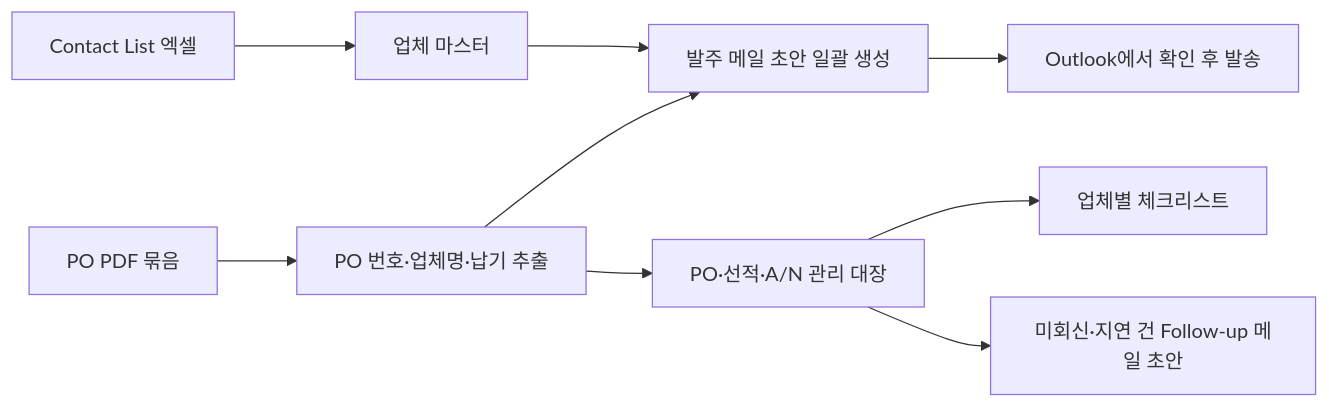
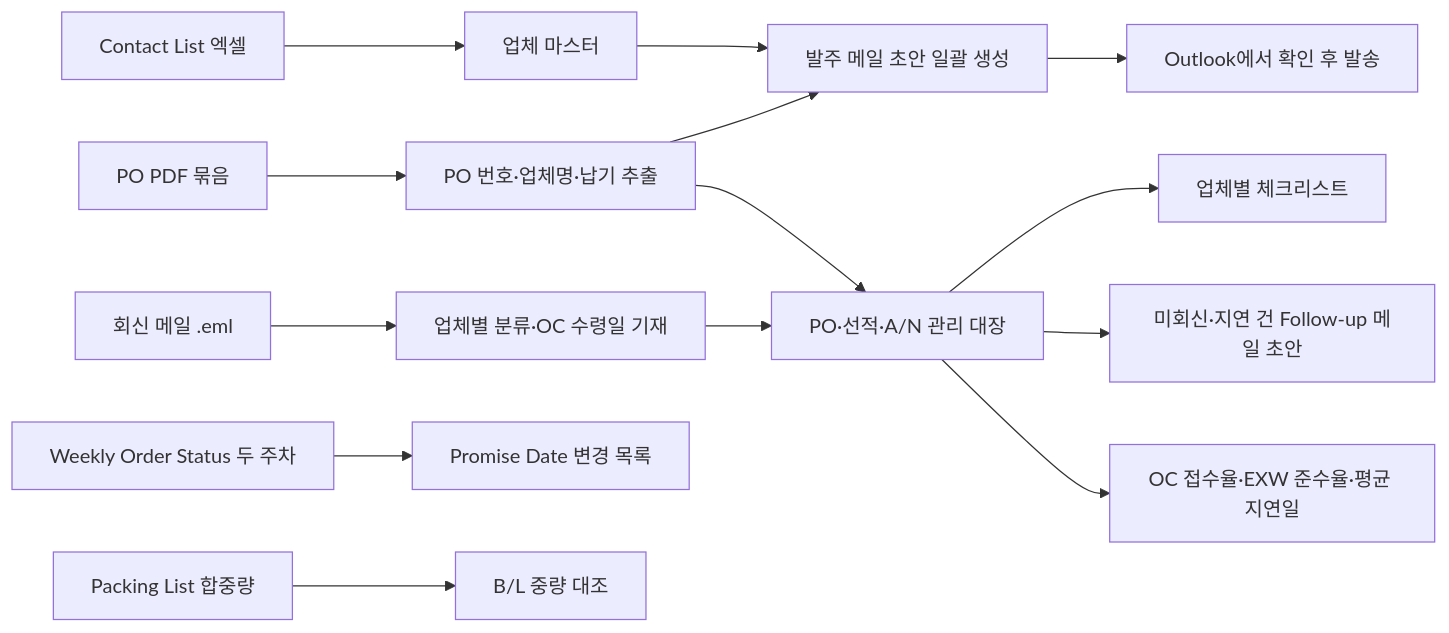
Before and after one commit to aebonlee/data09-12: the diagram in docs/01_프로젝트_기획서.md, drawn with Mermaid. The commit also changed other lines of this file and 56 other files, not shown here.

Commit message:
1단계 개발 — 외자재 운영관리 도구 (PO 메일 초안·관리 대장·OC 팔로우업·준수율·Promise Date·중량 대조), 기획서 v0.2

````diff
--- a/docs/01_프로젝트_기획서.md
+++ b/docs/01_프로젝트_기획서.md
@@ -59,11 +75,16 @@
 ```mermaid
 flowchart LR
   C[Contact List 엑셀] --> M[업체 마스터]
   P[PO PDF 묶음] --> X[PO 번호·업체명·납기 추출]
   M --> D[발주 메일 초안 일괄 생성]
   X --> D
   D --> O[Outlook에서 확인 후 발송]
   X --> L[PO·선적·A/N 관리 대장]
   L --> K[업체별 체크리스트]
   L --> F[미회신·지연 건 Follow-up 메일 초안]
+  E[회신 메일 .eml] --> R[업체별 분류·OC 수령일 기재]
+  R --> L
+  L --> K2[OC 접수율·EXW 준수율·평균 지연일]
+  W[Weekly Order Status 두 주차] --> Q[Promise Date 변경 목록]
+  PL[Packing List 합중량] --> V[B/L 중량 대조]
 ```
````
